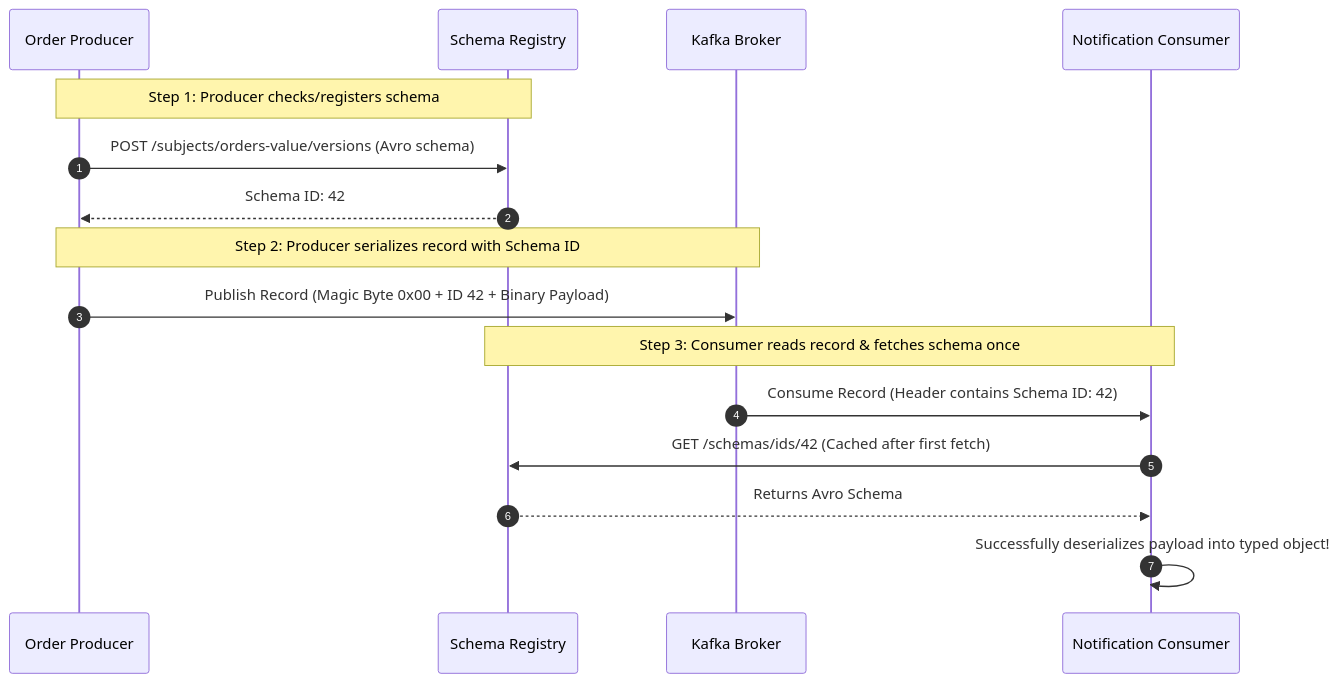
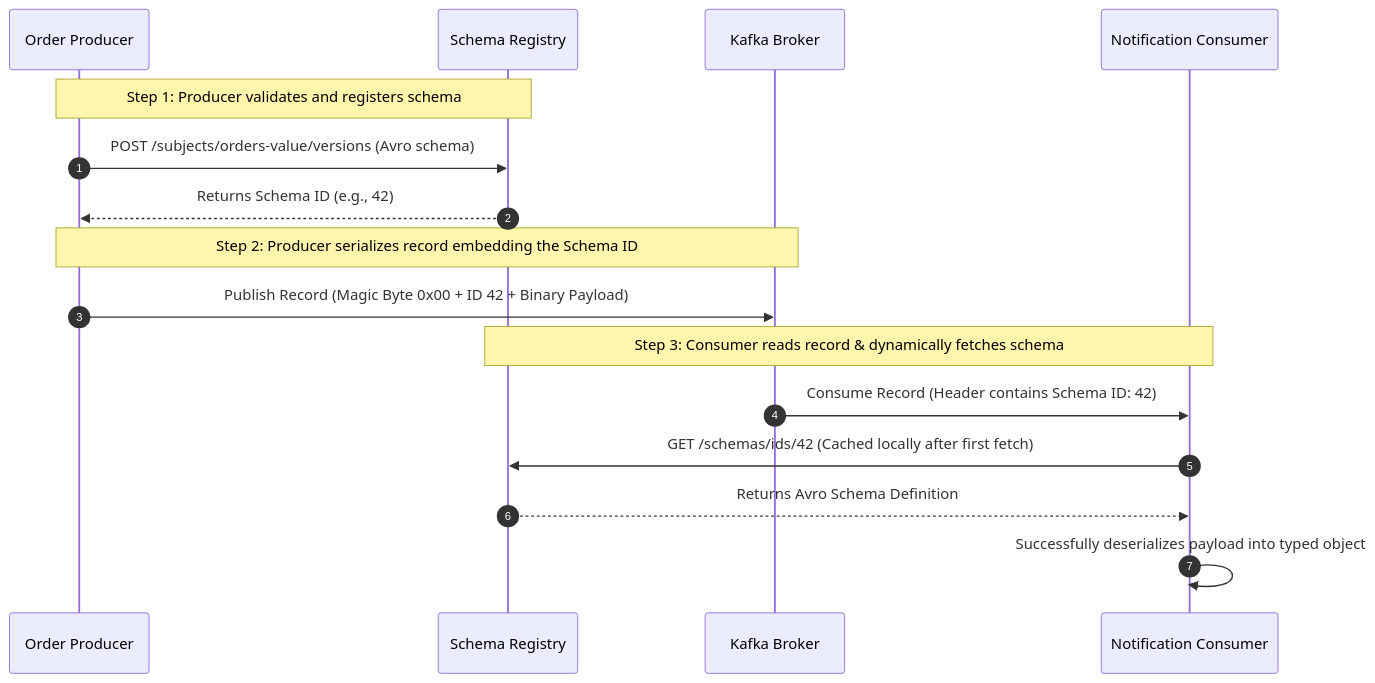
Before and after one commit to PandeyKishan/Study-Notes: the second of 4 diagrams in 03-Apache-Kafka/04-KRaft-Schema-Registry-and-Streams.md, drawn with Mermaid. The commit also changed other lines of this file and 38 other files, not shown here.

````diff
--- a/03-Apache-Kafka/04-KRaft-Schema-Registry-and-Streams.md
+++ b/03-Apache-Kafka/04-KRaft-Schema-Registry-and-Streams.md
@@ -60,21 +56,21 @@
 ```mermaid
 sequenceDiagram
     autonumber
     participant Prod as Order Producer
     participant SR as Schema Registry
     participant Kafka as Kafka Broker
     participant Cons as Notification Consumer
 
-    Note over Prod,SR: Step 1: Producer checks/registers schema
+    Note over Prod,SR: Step 1: Producer validates and registers schema
     Prod->>SR: POST /subjects/orders-value/versions (Avro schema)
-    SR-->>Prod: Schema ID: 42
+    SR-->>Prod: Returns Schema ID (e.g., 42)
     
-    Note over Prod,Kafka: Step 2: Producer serializes record with Schema ID
+    Note over Prod,Kafka: Step 2: Producer serializes record embedding the Schema ID
     Prod->>Kafka: Publish Record (Magic Byte 0x00 + ID 42 + Binary Payload)
 
-    Note over Cons,SR: Step 3: Consumer reads record & fetches schema once
+    Note over Cons,SR: Step 3: Consumer reads record & dynamically fetches schema
     Kafka->>Cons: Consume Record (Header contains Schema ID: 42)
-    Cons->>SR: GET /schemas/ids/42 (Cached after first fetch)
-    SR-->>Cons: Returns Avro Schema
-    Cons->>Cons: Successfully deserializes payload into typed object!
+    Cons->>SR: GET /schemas/ids/42 (Cached locally after first fetch)
+    SR-->>Cons: Returns Avro Schema Definition
+    Cons->>Cons: Successfully deserializes payload into typed object
 ```
````
